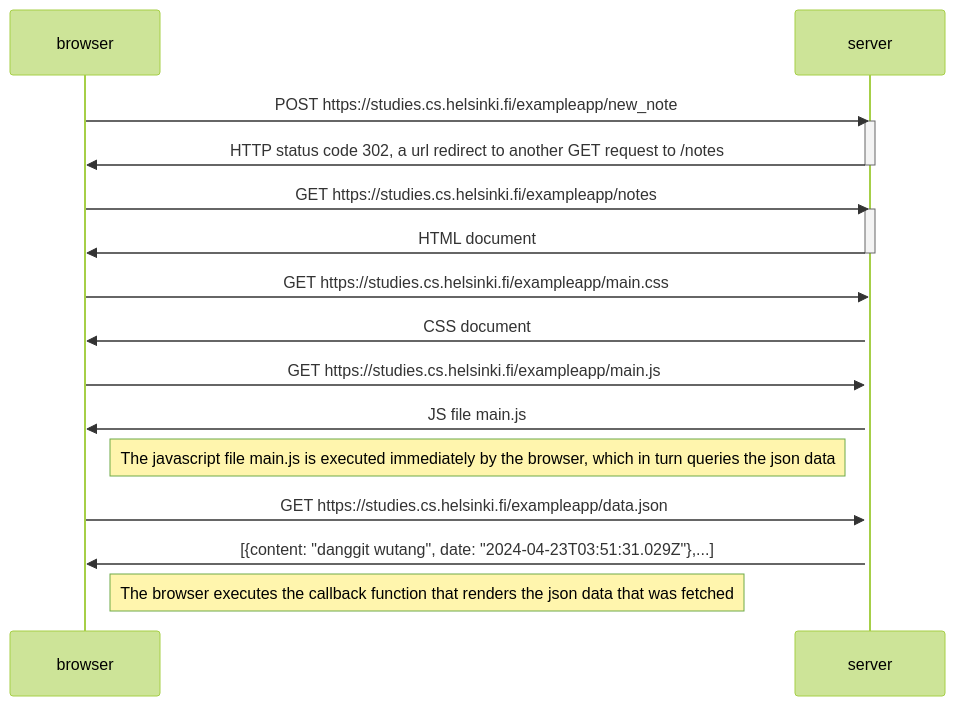
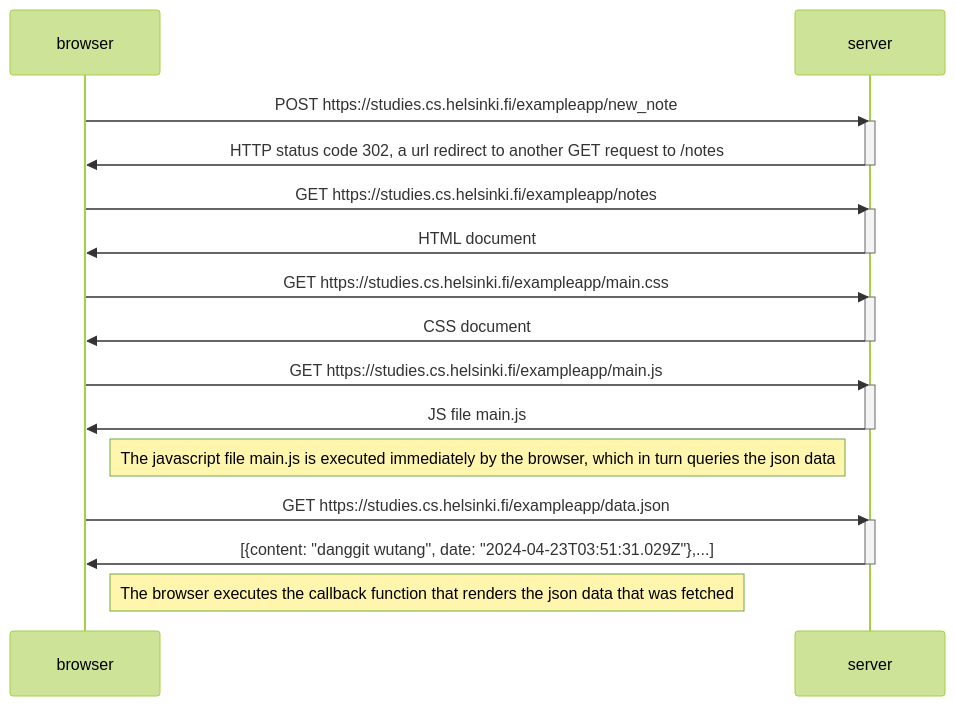
One commit to syntat/fullstackopen changed the diagram in part0/4_new_note_diagram.md. Above: the diagram before and after it, drawn with Mermaid (forest theme).

Commit message:
fixed ex4 to show to server deactivation on every request

````diff
--- a/part0/4_new_note_diagram.md
+++ b/part0/4_new_note_diagram.md
@@ -1,27 +1,28 @@
 ```mermaid
 	sequenceDiagram
 		participant browser
 		participant server
 		browser->>server: POST https://studies.cs.helsinki.fi/exampleapp/new_note
 		activate server 
 		server->>browser: HTTP status code 302, a url redirect to another GET request to /notes
 		deactivate server 
 		browser->>server: GET https://studies.cs.helsinki.fi/exampleapp/notes
 		activate server 
 		server->>browser: HTML document
 		deactivate server 
 		browser->>server: GET https://studies.cs.helsinki.fi/exampleapp/main.css
 		activate server
 		server->>browser: CSS document
+		deactivate server
 		browser->>server: GET https://studies.cs.helsinki.fi/exampleapp/main.js
 		activate server
 		server->>browser: JS file main.js
-
+		deactivate server
 		Note right of browser: The javascript file main.js is executed immediately by the browser, which in turn queries the json data
 
 		browser->>server: GET https://studies.cs.helsinki.fi/exampleapp/data.json
 		activate server
 		server->>browser: [{content: "danggit wutang", date: "2024-04-23T03:51:31.029Z"},...]
-
+		deactivate server
 		Note right of browser: The browser executes the callback function that renders the json data that was fetched
 ```	
````
